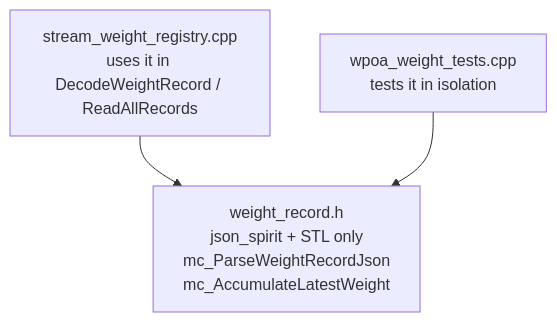
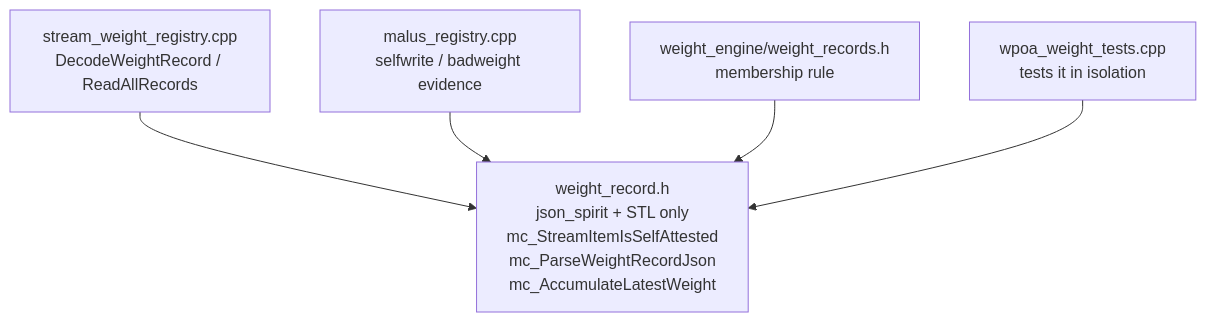
Before and after one commit to FeMattu/multichain: the second of 2 diagrams in docs/weight-record.md, drawn with Mermaid. The commit also changed other lines of this file and 44 other files, not shown here.

````diff
--- a/docs/weight-record.md
+++ b/docs/weight-record.md
@@ -253,8 +321,12 @@
 ```mermaid
 flowchart TD
-    SWR[stream_weight_registry.cpp<br/>uses it in DecodeWeightRecord / ReadAllRecords]
+    SWR[stream_weight_registry.cpp<br/>DecodeWeightRecord / ReadAllRecords]
+    MAL[malus_registry.cpp<br/>selfwrite / badweight evidence]
+    WER[weight_engine/weight_records.h<br/>membership rule]
     TEST[wpoa_weight_tests.cpp<br/>tests it in isolation]
     SWR --> WR
+    MAL --> WR
+    WER --> WR
     TEST --> WR
-    WR[weight_record.h<br/>json_spirit + STL only<br/>mc_ParseWeightRecordJson<br/>mc_AccumulateLatestWeight]
+    WR[weight_record.h<br/>json_spirit + STL only<br/>mc_StreamItemIsSelfAttested<br/>mc_ParseWeightRecordJson<br/>mc_AccumulateLatestWeight]
 ```
````
